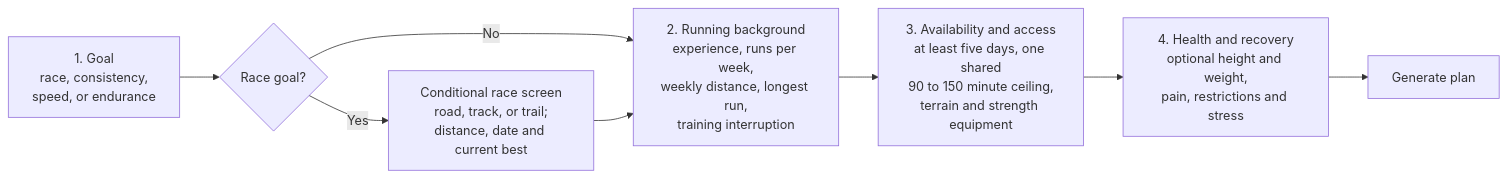
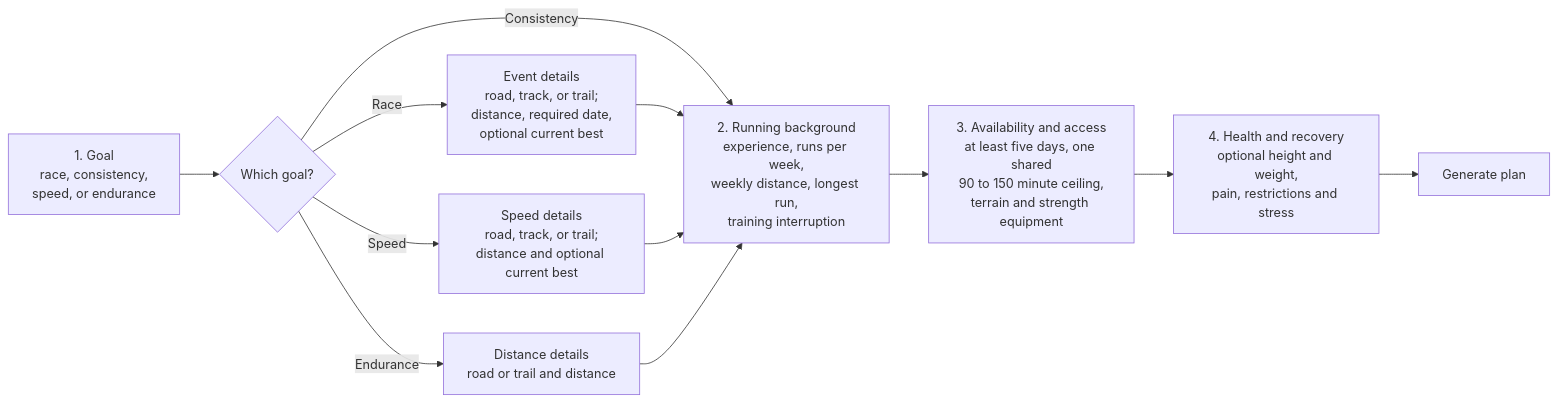
Before and after one commit to vamshikrishnabrungi/Fitness-App: the first of 7 diagrams in docs/training-generation-architecture.md, drawn with Mermaid. The commit also changed other lines of this file and 11 other files, not shown here.

````diff
--- a/docs/training-generation-architecture.md
+++ b/docs/training-generation-architecture.md
@@ -13,10 +13,14 @@
 ```mermaid
 flowchart LR
-    A[1. Goal<br/>race, consistency,<br/>speed, or endurance] --> R{Race goal?}
-    R -->|Yes| B[Conditional race screen<br/>road, track, or trail;<br/>distance, date and current best]
-    R -->|No| C
+    A[1. Goal<br/>race, consistency,<br/>speed, or endurance] --> R{Which goal?}
+    R -->|Race| B[Event details<br/>road, track, or trail;<br/>distance, required date,<br/>optional current best]
+    R -->|Speed| S[Speed details<br/>road, track, or trail;<br/>distance and optional current best]
+    R -->|Endurance| N[Distance details<br/>road or trail and distance]
+    R -->|Consistency| C
     B --> C[2. Running background<br/>experience, runs per week,<br/>weekly distance, longest run,<br/>training interruption]
+    S --> C
+    N --> C
     C --> D[3. Availability and access<br/>at least five days, one shared<br/>90 to 150 minute ceiling,<br/>terrain and strength equipment]
     D --> E[4. Health and recovery<br/>optional height and weight,<br/>pain, restrictions and stress]
     E --> F[Generate plan]
 ```
````
